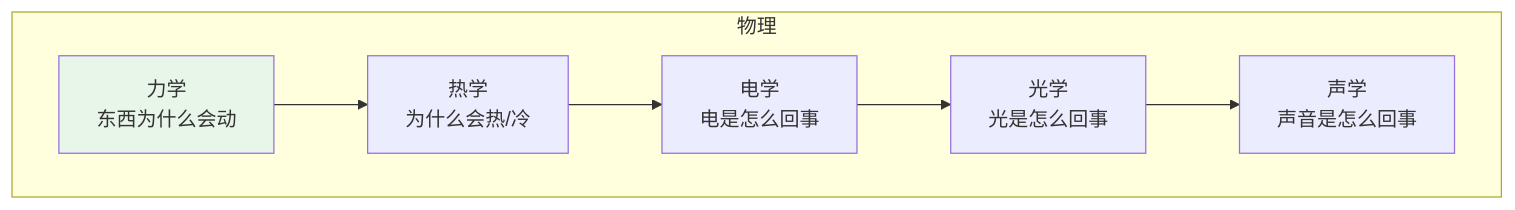
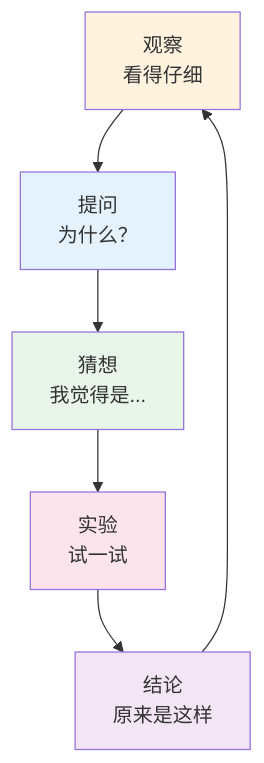
One commit to wxyClark/wxyClark.github.io changed the second of 3 diagrams in content/natural-sciences/index.md. Above: the diagram before and after it, drawn with Mermaid. The commit also changed other lines of this file and 11 other files, not shown here.

````diff
--- a/content/natural-sciences/index.md
+++ b/content/natural-sciences/index.md
@@ -99,14 +63,14 @@
 ```mermaid
-graph TB
-    subgraph 物理
-        P1[力学<br/>东西为什么会动]
-        P2[热学<br/>为什么会热/冷]
-        P3[电学<br/>电是怎么回事]
-        P4[光学<br/>光是怎么回事]
-        P5[声学<br/>声音是怎么回事]
-    end
+flowchart TD
+    A[观察<br/>看得仔细] --> B[提问<br/>为什么？]
+    B --> C[猜想<br/>我觉得是...]
+    C --> D[实验<br/>试一试]
+    D --> E[结论<br/>原来是这样]
+    E --> A
     
-    P1 --> P2 --> P3 --> P4 --> P5
-    
-    style P1 fill:#e8f5e9
+    style A fill:#fff3e0
+    style B fill:#e3f2fd
+    style C fill:#e8f5e9
+    style D fill:#fce4ec
+    style E fill:#f3e5f5
 ```
````
